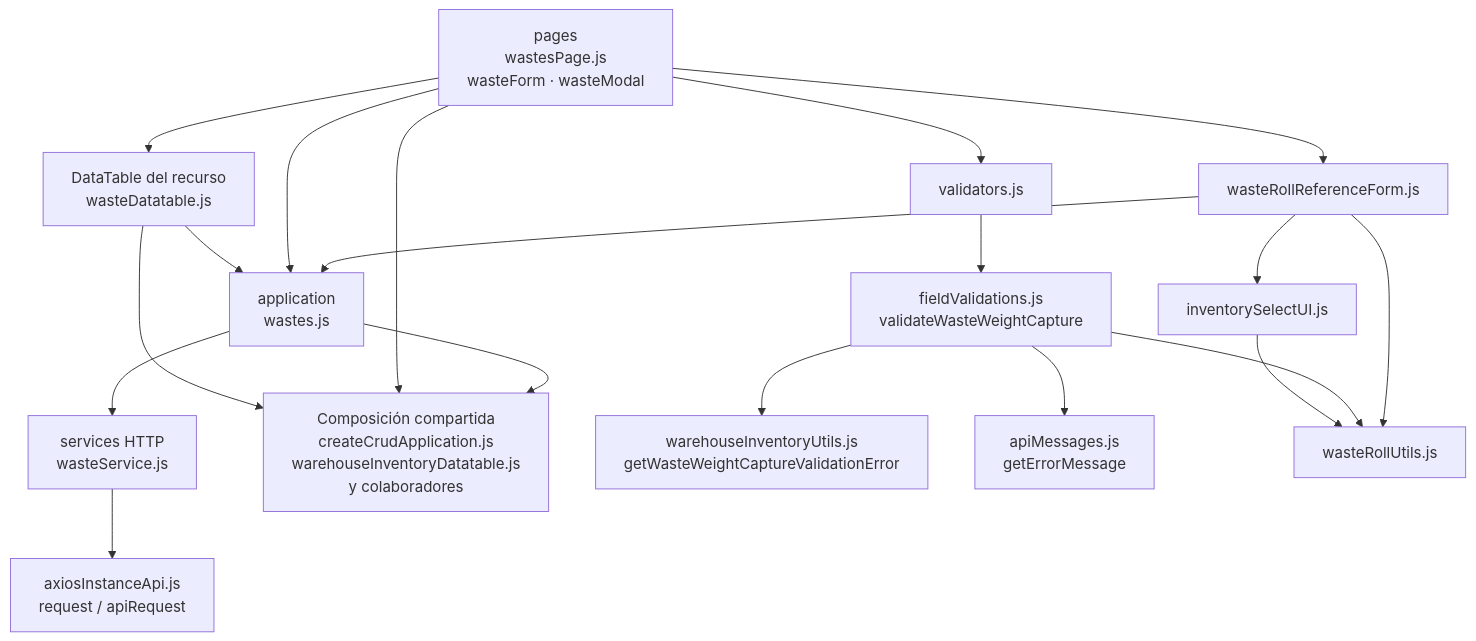
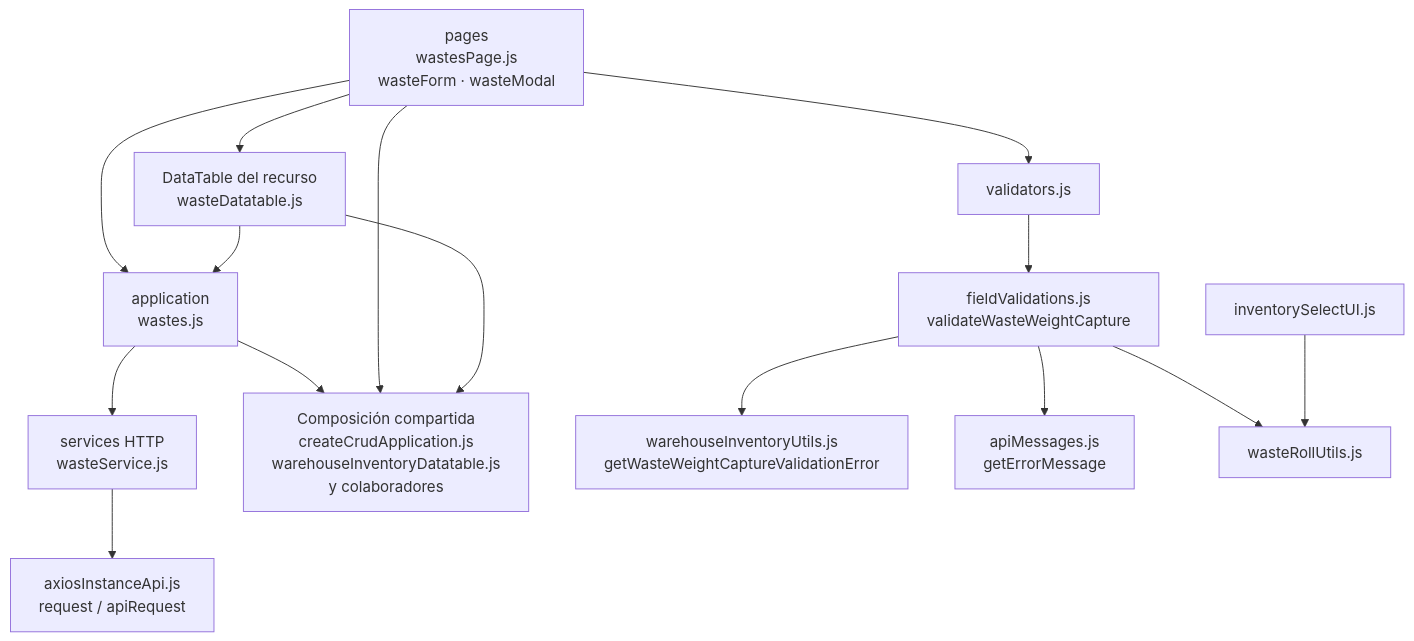
Before and after one commit to gpgsistemas01/nexus: the diagram in docs/architecture/views/development/frontend-technical-documentation/11-wastes-code.md, drawn with Mermaid. The commit also changed other lines of this file and 72 other files, not shown here.

````diff
--- a/docs/architecture/views/development/frontend-technical-documentation/11-wastes-code.md
+++ b/docs/architecture/views/development/frontend-technical-documentation/11-wastes-code.md
@@ -7,34 +7,29 @@
 ```mermaid
 flowchart TB
     P["pages<br/>wastesPage.js<br/>wasteForm · wasteModal"]
     A["application<br/>wastes.js"]
     R["services HTTP<br/>wasteService.js"]
     T["DataTable del recurso<br/>wasteDatatable.js"]
     U["Composición compartida<br/>createCrudApplication.js<br/>warehouseInventoryDatatable.js<br/>y colaboradores"]
     Validation["validators.js"]
     FieldValidation["fieldValidations.js<br/>validateWasteWeightCapture"]
     WeightRule["warehouseInventoryUtils.js<br/>getWasteWeightCaptureValidationError"]
     Messages["apiMessages.js<br/>getErrorMessage"]
     H["axiosInstanceApi.js<br/>request / apiRequest"]
-    ReferenceForm["wasteRollReferenceForm.js"]
     Roll["wasteRollUtils.js"]
     InventoryUI["inventorySelectUI.js"]
-    P --> ReferenceForm
-    ReferenceForm --> A
-    ReferenceForm --> Roll
-    ReferenceForm --> InventoryUI
     FieldValidation --> Roll
     InventoryUI --> Roll
     A --> R
     A --> U
     P --> Validation
     Validation --> FieldValidation
     FieldValidation --> WeightRule
     FieldValidation --> Messages
     P --> A
     P --> T
     P --> U
     R --> H
     T --> A
     T --> U
 ```
````
